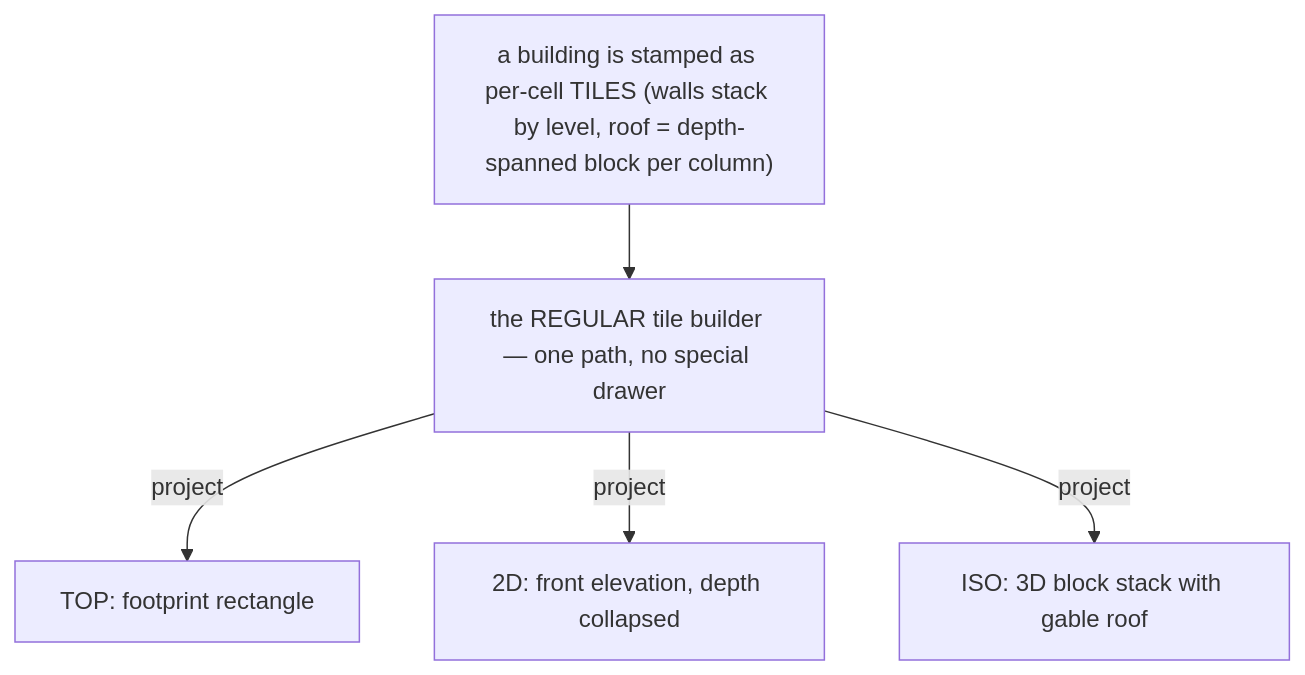
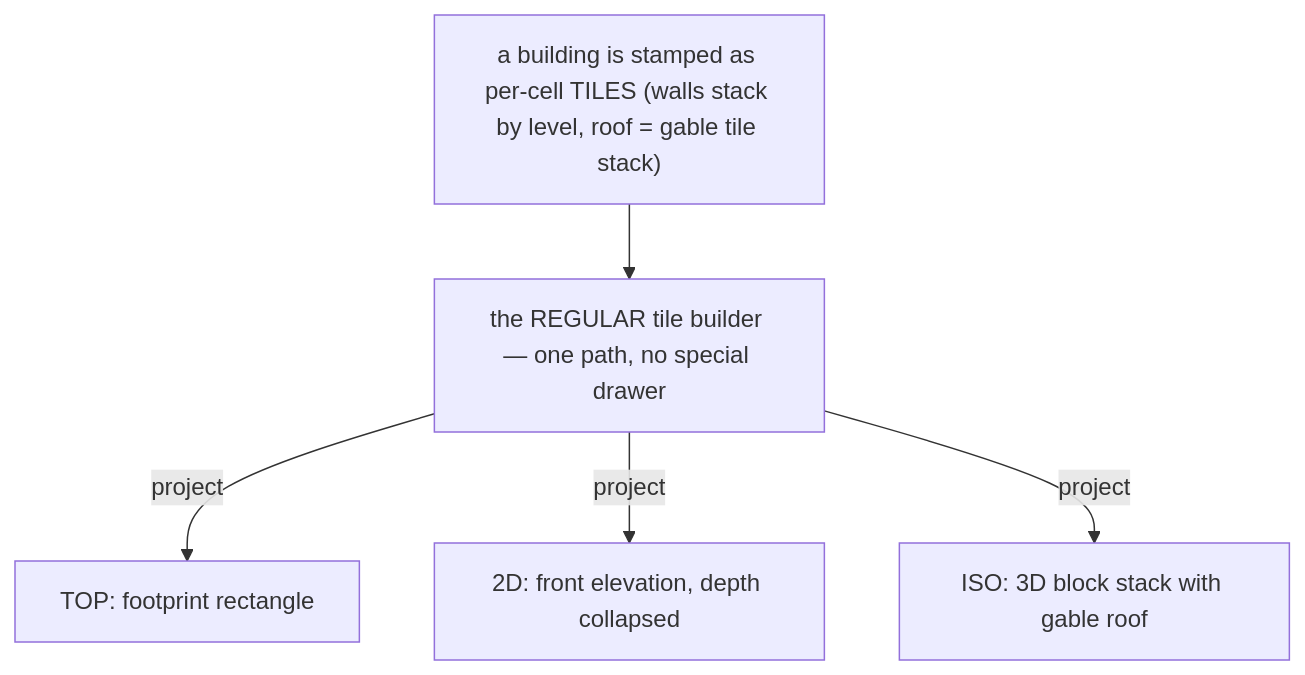
Before and after one commit to v1siond/nebulith: the third of 5 diagrams in docs/MAP-MODEL.md, drawn with Mermaid. The commit also changed other lines of this file and 1 other file, not shown here.

````diff
--- a/docs/MAP-MODEL.md
+++ b/docs/MAP-MODEL.md
@@ -198,8 +101,8 @@
 ```mermaid
 flowchart TD
-  STAMP["a building is stamped as per-cell TILES (walls stack by level, roof = depth-spanned block per column)"]
+  STAMP["a building is stamped as per-cell TILES (walls stack by level, roof = gable tile stack)"]
   STAMP --> REG["the REGULAR tile builder — one path, no special drawer"]
   REG -->|project| TOPp["TOP: footprint rectangle"]
   REG -->|project| TWODp["2D: front elevation, depth collapsed"]
   REG -->|project| ISOp["ISO: 3D block stack with gable roof"]
 ```
````
